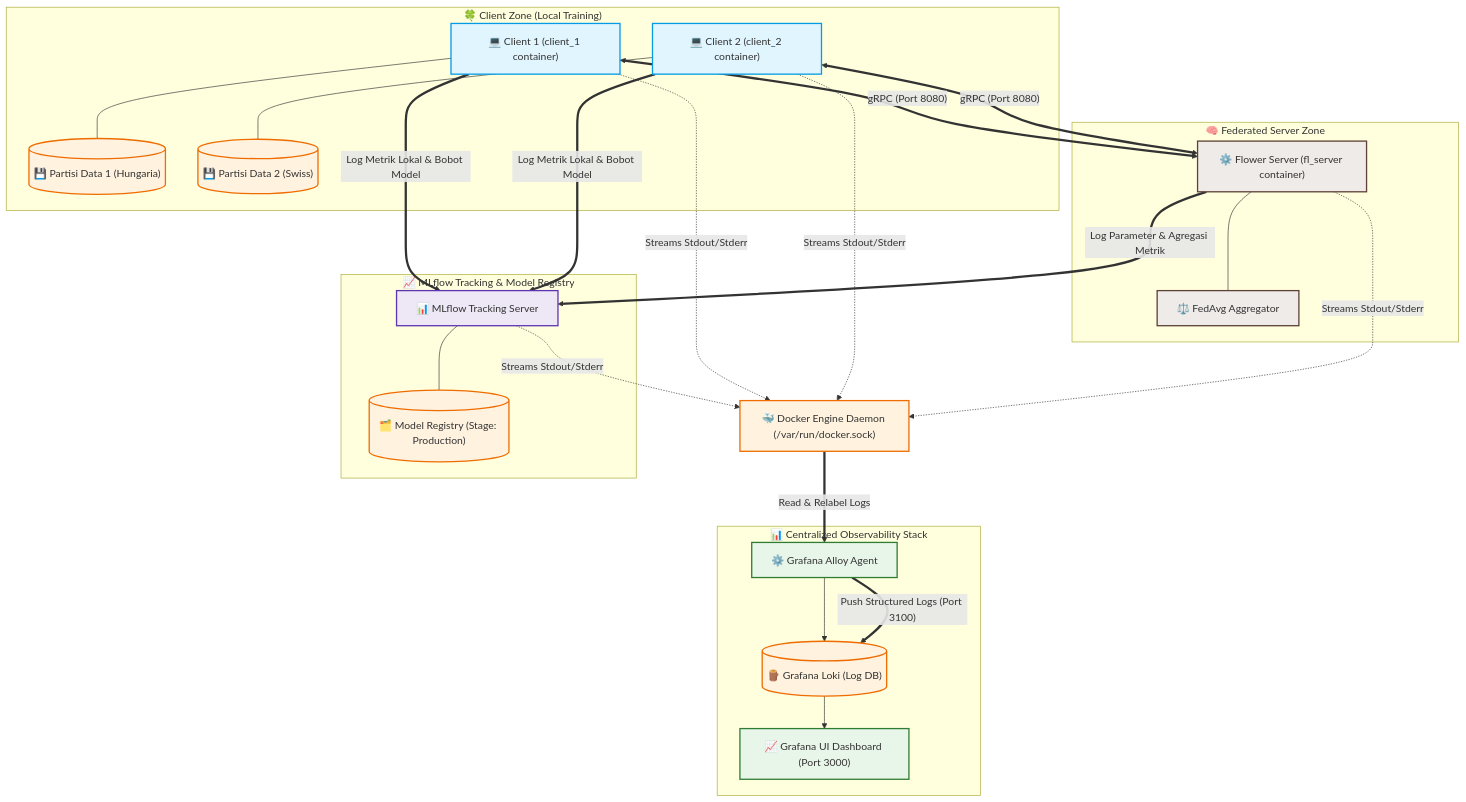
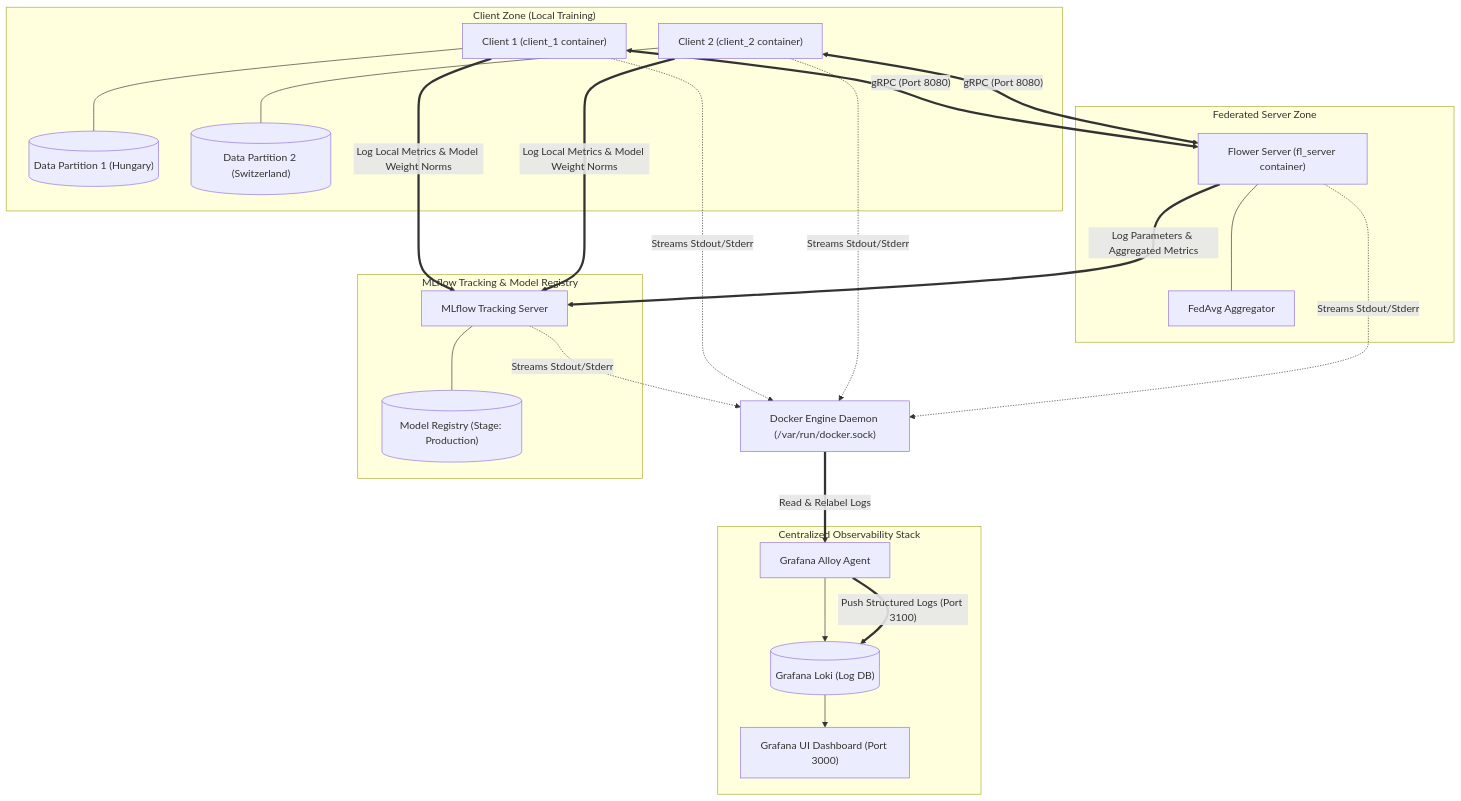
The diagram in README.md (attmhd/fl-heart-disease), drawn with Mermaid before and after one commit. The commit also changed other lines of this file and 33 other files, not shown here.

````diff
--- a/README.md
+++ b/README.md
@@ -11,63 +11,49 @@
 ```mermaid
 graph TB
-    %% Nodes & Structure
-    subgraph ClientLayer ["🍀 Client Zone (Local Training)"]
-        C1["💻 Client 1 (client_1 container)"]
-        C2["💻 Client 2 (client_2 container)"]
-        D1[("💾 Partisi Data 1 (Hungaria)")]
-        D2[("💾 Partisi Data 2 (Swiss)")]
+    subgraph ClientLayer ["Client Zone (Local Training)"]
+        C1["Client 1 (client_1 container)"]
+        C2["Client 2 (client_2 container)"]
+        D1[("Data Partition 1 (Hungary)")]
+        D2[("Data Partition 2 (Switzerland)")]
         C1 --- D1
         C2 --- D2
     end
 
-    subgraph FLServerLayer ["🧠 Federated Server Zone"]
-        FS["⚙️ Flower Server (fl_server container)"]
-        FA["⚖️ FedAvg Aggregator"]
+    subgraph FLServerLayer ["Federated Server Zone"]
+        FS["Flower Server (fl_server container)"]
+        FA["FedAvg Aggregator"]
         FS --- FA
     end
 
-    subgraph TrackingLayer ["📈 MLflow Tracking & Model Registry"]
-        MLF["📊 MLflow Tracking Server"]
-        MR[("🗂️ Model Registry (Stage: Production)")]
+    subgraph TrackingLayer ["MLflow Tracking & Model Registry"]
+        MLF["MLflow Tracking Server"]
+        MR[("Model Registry (Stage: Production)")]
         MLF --- MR
     end
 
-    subgraph MonitoringLayer ["📊 Centralized Observability Stack"]
-        AY["⚙️ Grafana Alloy Agent"]
-        LK[("🪵 Grafana Loki (Log DB)")]
-        GF["📈 Grafana UI Dashboard (Port 3000)"]
+    subgraph MonitoringLayer ["Centralized Observability Stack"]
+        AY["Grafana Alloy Agent"]
+        LK[("Grafana Loki (Log DB)")]
+        GF["Grafana UI Dashboard (Port 3000)"]
         AY --> LK
         LK --> GF
     end
 
-    %% Connections & Protocols
+    %% Connections
     C1 <== "gRPC (Port 8080)" ==> FS
     C2 <== "gRPC (Port 8080)" ==> FS
 
-    FS ==>|"Log Parameter & Agregasi Metrik"| MLF
-    C1 ==>|"Log Metrik Lokal & Bobot Model"| MLF
-    C2 ==>|"Log Metrik Lokal & Bobot Model"| MLF
+    FS ==>|"Log Parameters & Aggregated Metrics"| MLF
+    C1 ==>|"Log Local Metrics & Model Weight Norms"| MLF
+    C2 ==>|"Log Local Metrics & Model Weight Norms"| MLF
 
     %% Log Scraping via Docker Socket
-    DS["🐳 Docker Engine Daemon (/var/run/docker.sock)"]
+    DS["Docker Engine Daemon (/var/run/docker.sock)"]
     C1 -. "Streams Stdout/Stderr" .-> DS
     C2 -. "Streams Stdout/Stderr" .-> DS
     FS -. "Streams Stdout/Stderr" .-> DS
     MLF -. "Streams Stdout/Stderr" .-> DS
 
     DS ==>|"Read & Relabel Logs"| AY
     AY ==>|"Push Structured Logs (Port 3100)"| LK
-
-    %% Styling
-    classDef client fill:#e1f5fe,stroke:#039be5,stroke-width:2px;
-    classDef server fill:#efebe9,stroke:#5d4037,stroke-width:2px;
-    classDef tracking fill:#ede7f6,stroke:#5e35b1,stroke-width:2px;
-    classDef monitor fill:#e8f5e9,stroke:#2e7d32,stroke-width:2px;
-    classDef storage fill:#fff3e0,stroke:#ef6c00,stroke-width:2px;
-
-    class C1,C2 client;
-    class FS,FA server;
-    class MLF tracking;
-    class AY,GF monitor;
-    class D1,D2,MR,LK,DS storage;
 ```
````
